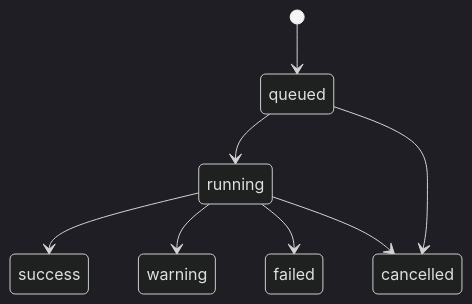
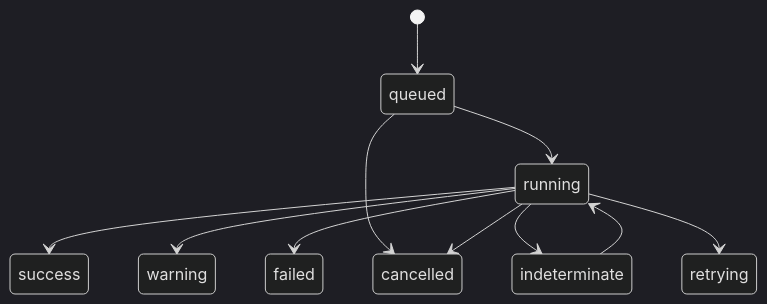
The second of 5 diagrams in docs/architecture/components/01-runtime-lifecycle.md (Rustkins-Project/RustkinsDocs), drawn with Mermaid (dark theme) before and after one commit. The commit also changed other lines of this file and 8 other files, not shown here.

````diff
--- a/docs/architecture/components/01-runtime-lifecycle.md
+++ b/docs/architecture/components/01-runtime-lifecycle.md
@@ -145,10 +146,13 @@
 ``` mermaid
 stateDiagram-v2
 [*] --> queued
 queued --> running
 queued --> cancelled
 running --> success
 running --> warning
 running --> failed
 running --> cancelled
+running --> indeterminate
+running --> retrying
+indeterminate --> running
 ```
````
